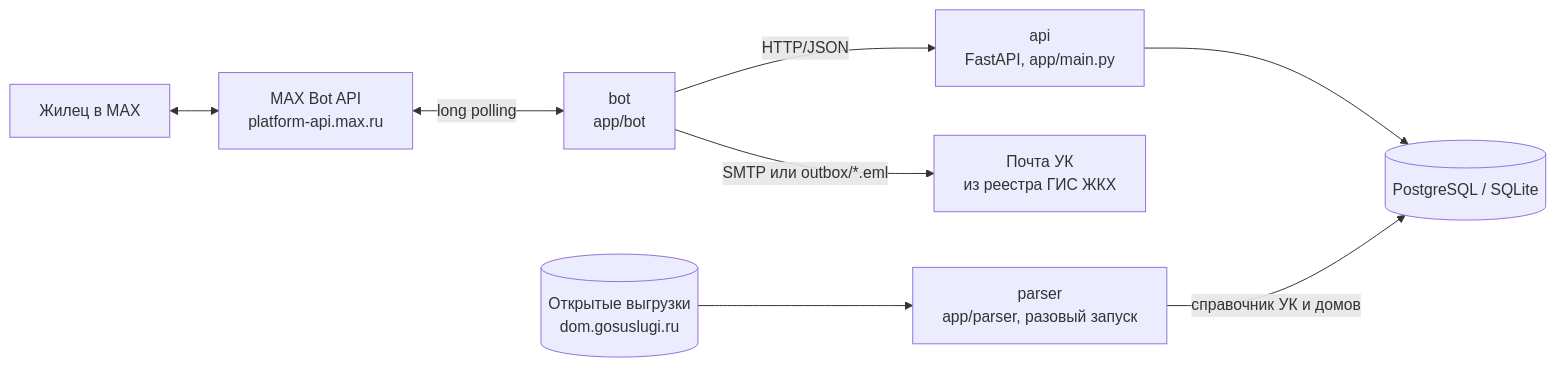
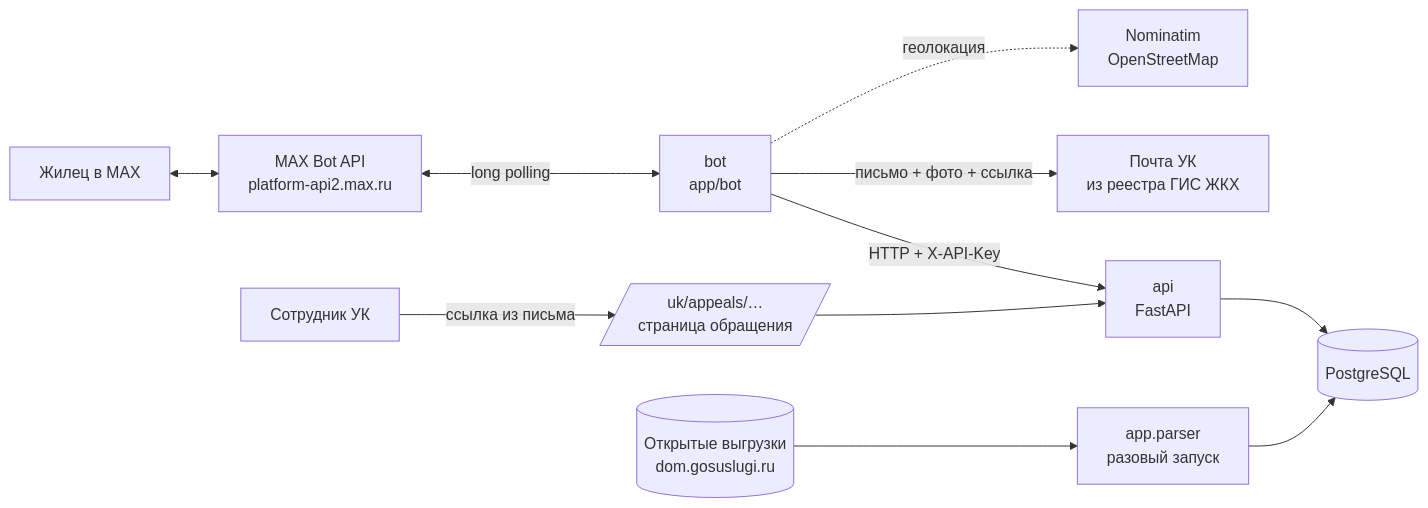
The diagram in README.md (rp3222079-byte/-hackathon_MAX_grajdanin), drawn with Mermaid before and after one commit. The commit also changed other lines of this file and 6 other files, not shown here.

````diff
--- a/README.md
+++ b/README.md
@@ -59,10 +80,13 @@
 ```mermaid
 flowchart LR
-    U[Жилец в MAX] <--> MAX[MAX Bot API<br/>platform-api.max.ru]
+    U[Жилец в MAX] <--> MAX[MAX Bot API<br/>platform-api2.max.ru]
     MAX <-- long polling --> BOT[bot<br/>app/bot]
-    BOT -- HTTP/JSON --> API[api<br/>FastAPI, app/main.py]
-    API --> DB[(PostgreSQL / SQLite)]
-    BOT -- SMTP или outbox/*.eml --> UK[Почта УК<br/>из реестра ГИС ЖКХ]
-    PARSER[parser<br/>app/parser, разовый запуск] -- справочник УК и домов --> DB
+    BOT -- HTTP + X-API-Key --> API[api<br/>FastAPI]
+    API --> DB[(PostgreSQL)]
+    BOT -- письмо + фото + ссылка --> MAIL[Почта УК<br/>из реестра ГИС ЖКХ]
+    UK[Сотрудник УК] -- ссылка из письма --> PAGE[/uk/appeals/…<br/>страница обращения/]
+    PAGE --> API
+    BOT -. геолокация .-> OSM[Nominatim<br/>OpenStreetMap]
+    PARSER[app.parser<br/>разовый запуск] --> DB
     GIS[(Открытые выгрузки<br/>dom.gosuslugi.ru)] --> PARSER
 ```
````
